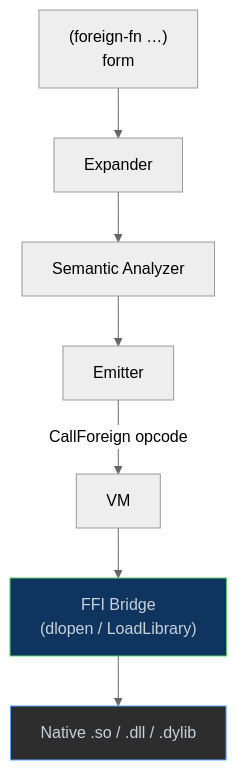
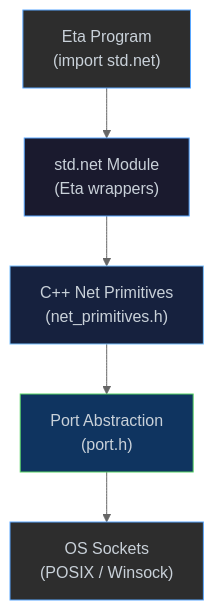
The second of 3 diagrams in docs/next-steps.md (lewismj/eta), drawn with Mermaid (neutral theme) before and after one commit. The commit also changed other lines of this file and 50 other files, not shown here.

````diff
--- a/docs/next-steps.md
+++ b/docs/next-steps.md
@@ -99,17 +67,16 @@
 ```mermaid
 flowchart TD
-    ETF["(foreign-fn …)\nform"]
-    EXP["Expander"]
-    SEM["Semantic Analyzer"]
-    EMT["Emitter"]
-    VM["VM"]
-    FFB["FFI Bridge\n(dlopen / LoadLibrary)"]
-    LIB["Native .so / .dll / .dylib"]
+    ETA["Eta Program\n(import std.net)"]
+    STD["std.net Module\n(Eta wrappers)"]
+    PRIM["C++ Net Primitives\n(net_primitives.h)"]
+    PORT["Port Abstraction\n(port.h)"]
+    OS["OS Sockets\n(POSIX / Winsock)"]
 
-    ETF --> EXP --> SEM --> EMT
-    EMT --> |"CallForeign opcode"| VM
-    VM  --> FFB --> LIB
+    ETA --> STD --> PRIM --> PORT --> OS
 
-    style FFB fill:#0f3460,stroke:#56d364,color:#c9d1d9
-    style LIB fill:#2d2d2d,stroke:#58a6ff,color:#c9d1d9
+    style ETA  fill:#2d2d2d,stroke:#58a6ff,color:#c9d1d9
+    style STD  fill:#1a1a2e,stroke:#58a6ff,color:#c9d1d9
+    style PRIM fill:#16213e,stroke:#79c0ff,color:#c9d1d9
+    style PORT fill:#0f3460,stroke:#56d364,color:#c9d1d9
+    style OS   fill:#2d2d2d,stroke:#58a6ff,color:#c9d1d9
 ```
````
